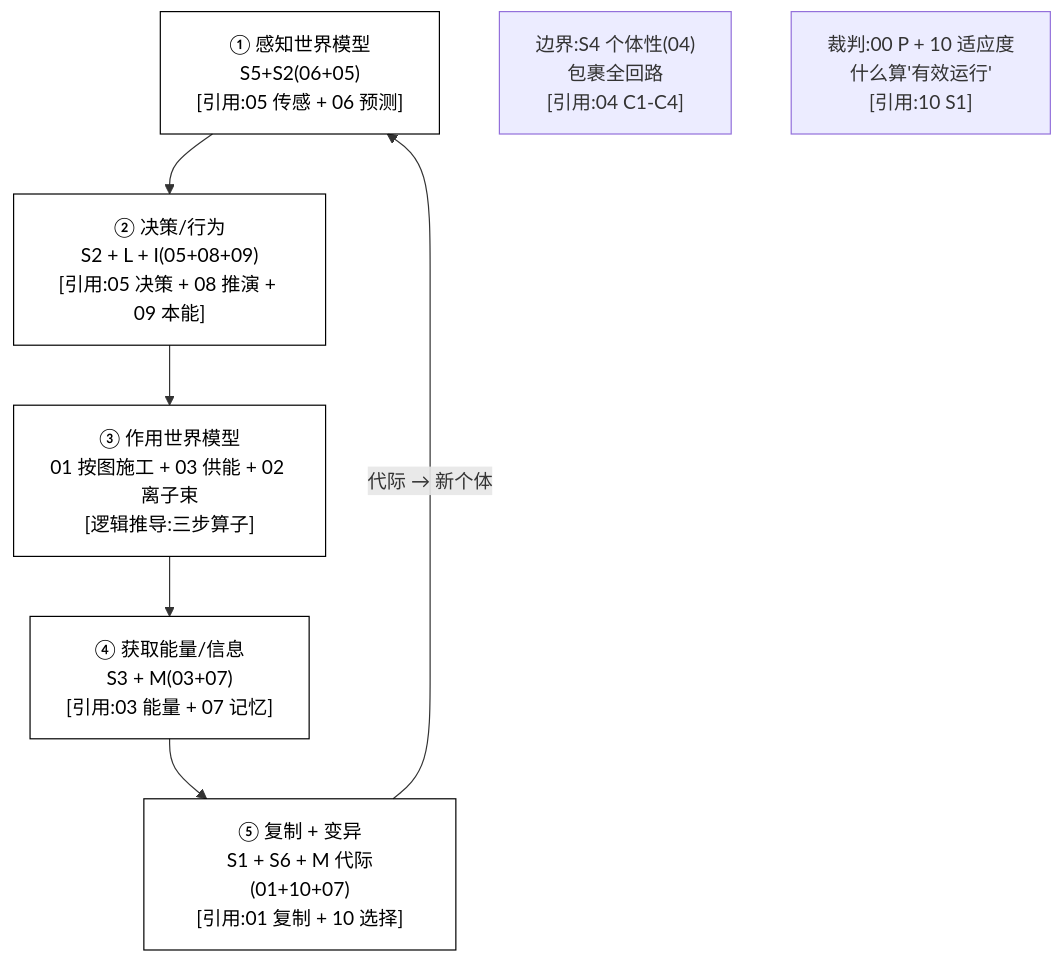
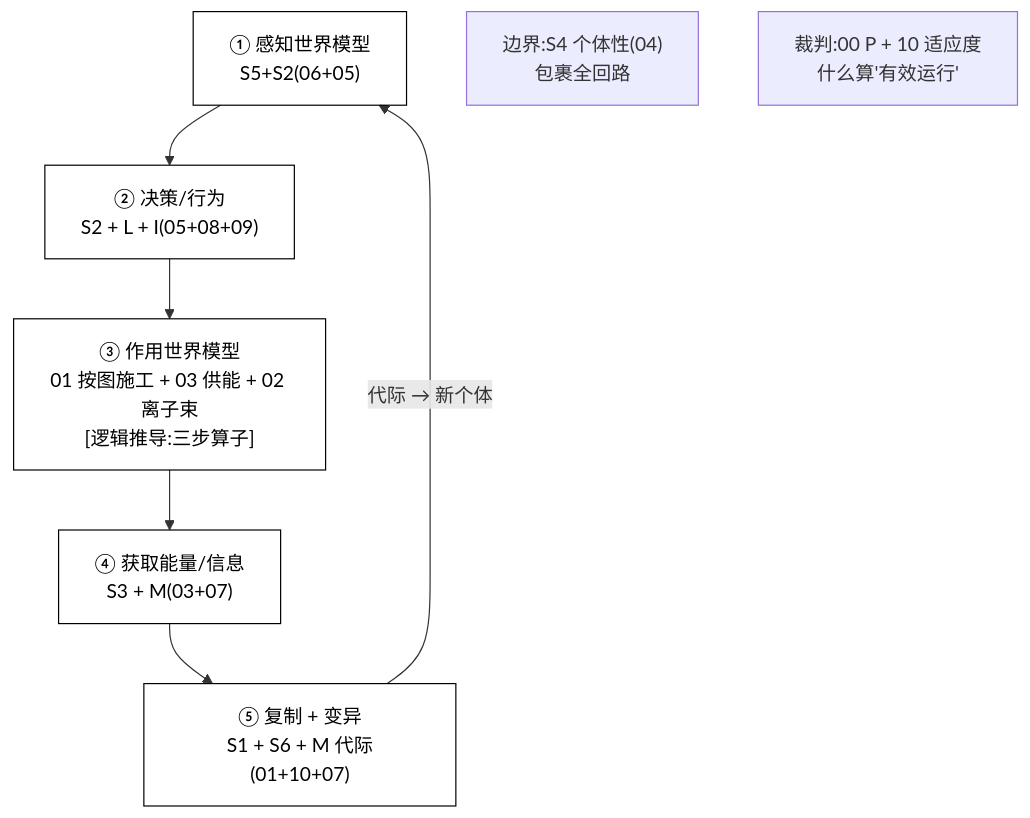
One commit to RichardASimon/Silicon-Biological-Blueprint changed the first of 2 diagrams in zh-CN/11_系统整合_设计.md. Above: the diagram before and after it, drawn with Mermaid. The commit also changed other lines of this file and 23 other files, not shown here.

First line of the commit message:
docs: improve report formatting, table balance and diagram captions

````diff
--- a/zh-CN/11_系统整合_设计.md
+++ b/zh-CN/11_系统整合_设计.md
@@ -129,20 +133,20 @@
 ```mermaid
 flowchart TB
-    L1["① 感知世界模型<br/>S5+S2(06+05)<br/>[引用:05 传感 + 06 预测]"]
-    L2["② 决策/行为<br/>S2 + L + I(05+08+09)<br/>[引用:05 决策 + 08 推演 + 09 本能]"]
+    L1["① 感知世界模型<br/>S5+S2(06+05)<br/>"]
+    L2["② 决策/行为<br/>S2 + L + I(05+08+09)<br/>"]
     L3["③ 作用世界模型<br/>01 按图施工 + 03 供能 + 02 离子束<br/>[逻辑推导:三步算子]"]
-    L4["④ 获取能量/信息<br/>S3 + M(03+07)<br/>[引用:03 能量 + 07 记忆]"]
-    L5["⑤ 复制 + 变异<br/>S1 + S6 + M 代际(01+10+07)<br/>[引用:01 复制 + 10 选择]"]
+    L4["④ 获取能量/信息<br/>S3 + M(03+07)<br/>"]
+    L5["⑤ 复制 + 变异<br/>S1 + S6 + M 代际(01+10+07)<br/>"]
 
     L1 --> L2
     L2 --> L3
     L3 --> L4
     L4 --> L5
     L5 -->|代际 → 新个体| L1
 
-    B["边界:S4 个体性(04)<br/>包裹全回路<br/>[引用:04 C1-C4]"]
-    C["裁判:00 P + 10 适应度<br/>什么算'有效运行'<br/>[引用:10 S1]"]
+    B["边界:S4 个体性(04)<br/>包裹全回路<br/>"]
+    C["裁判:00 P + 10 适应度<br/>什么算'有效运行'<br/>"]
 
     classDef loop fill:transparent,stroke:currentColor,color:currentColor
     class L1,L2,L3,L4,L5 loop
 ```
````
